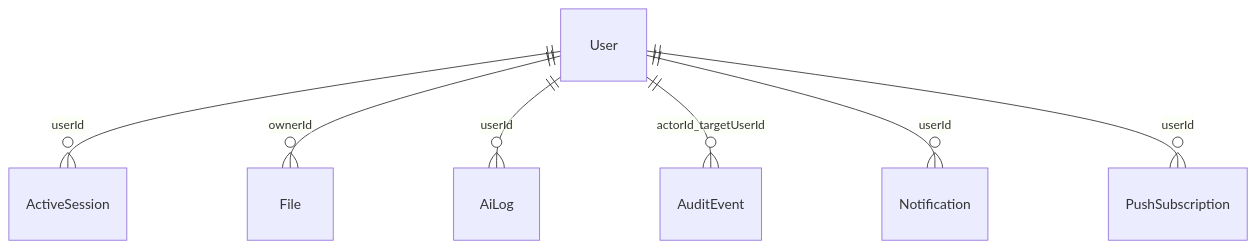
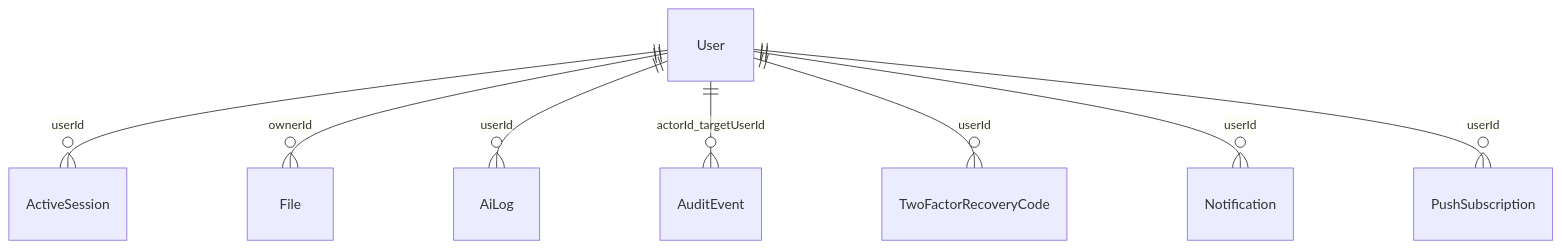
One commit to CaioGiasson/boilerplate-webapp changed the diagram in CONTEXT-ENTITIES.md. Above: the diagram before and after it, drawn with Mermaid. The commit also changed other lines of this file and 62 other files, not shown here.

````diff
--- a/CONTEXT-ENTITIES.md
+++ b/CONTEXT-ENTITIES.md
@@ -11,9 +11,10 @@
 ```mermaid
 erDiagram
   User ||--o{ ActiveSession : userId
   User ||--o{ File : ownerId
   User ||--o{ AiLog : userId
   User ||--o{ AuditEvent : actorId_targetUserId
+  User ||--o{ TwoFactorRecoveryCode : userId
   User ||--o{ Notification : userId
   User ||--o{ PushSubscription : userId
 ```
````
